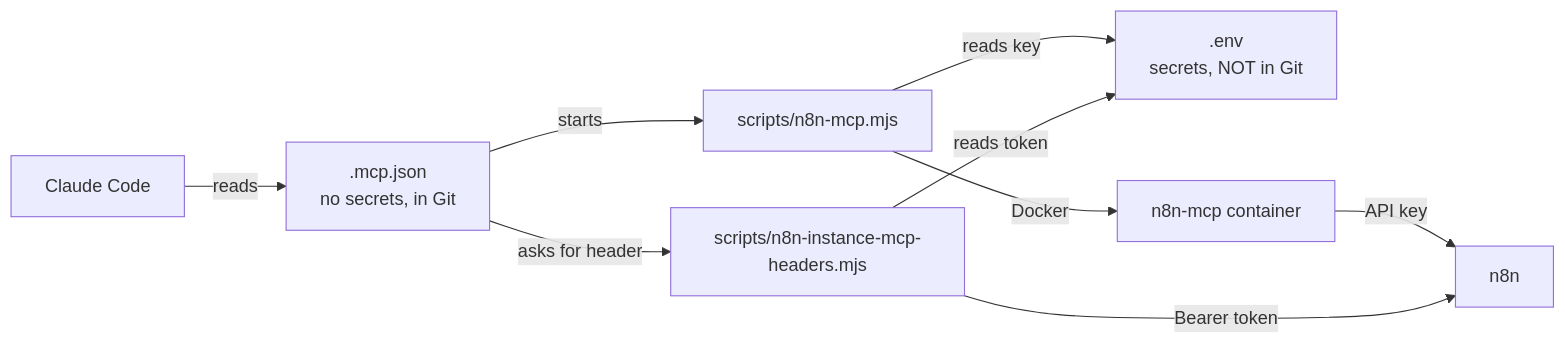
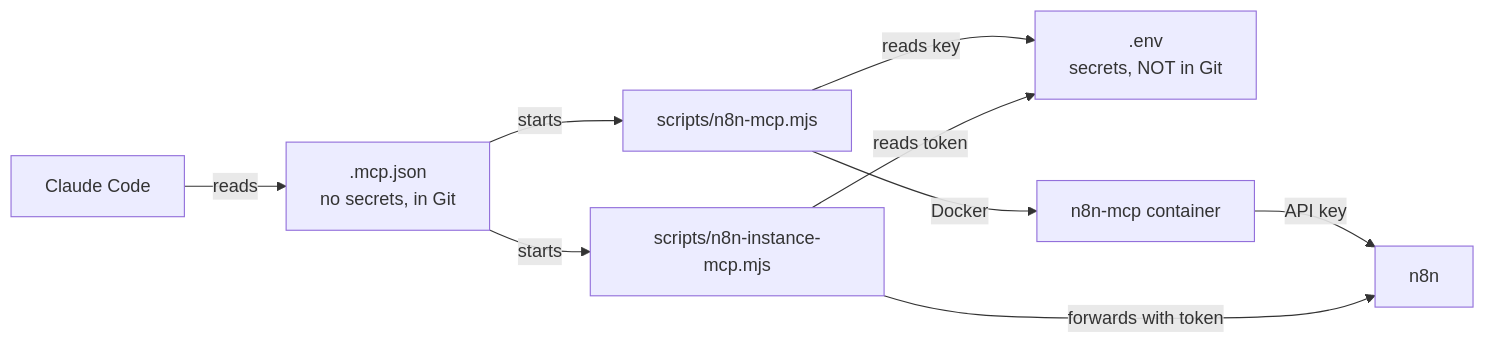
Before and after one commit to sgshaji/n8n-builder: the diagram in docs/setup/02-connect-mcp-servers.md, drawn with Mermaid. The commit also changed other lines of this file and 4 other files, not shown here.

````diff
--- a/docs/setup/02-connect-mcp-servers.md
+++ b/docs/setup/02-connect-mcp-servers.md
@@ -18,10 +18,10 @@
 ```mermaid
 flowchart LR
     CC[Claude Code] -->|reads| M[.mcp.json<br/>no secrets, in Git]
     M -->|starts| S1[scripts/n8n-mcp.mjs]
-    M -->|asks for header| S2[scripts/n8n-instance-mcp-headers.mjs]
+    M -->|starts| S2[scripts/n8n-instance-mcp.mjs]
     S1 -->|reads key| E[.env<br/>secrets, NOT in Git]
     S2 -->|reads token| E
     S1 -->|Docker| A[n8n-mcp container] -->|API key| N[n8n]
-    S2 -->|Bearer token| N
+    S2 -->|forwards with token| N
 ```
````
